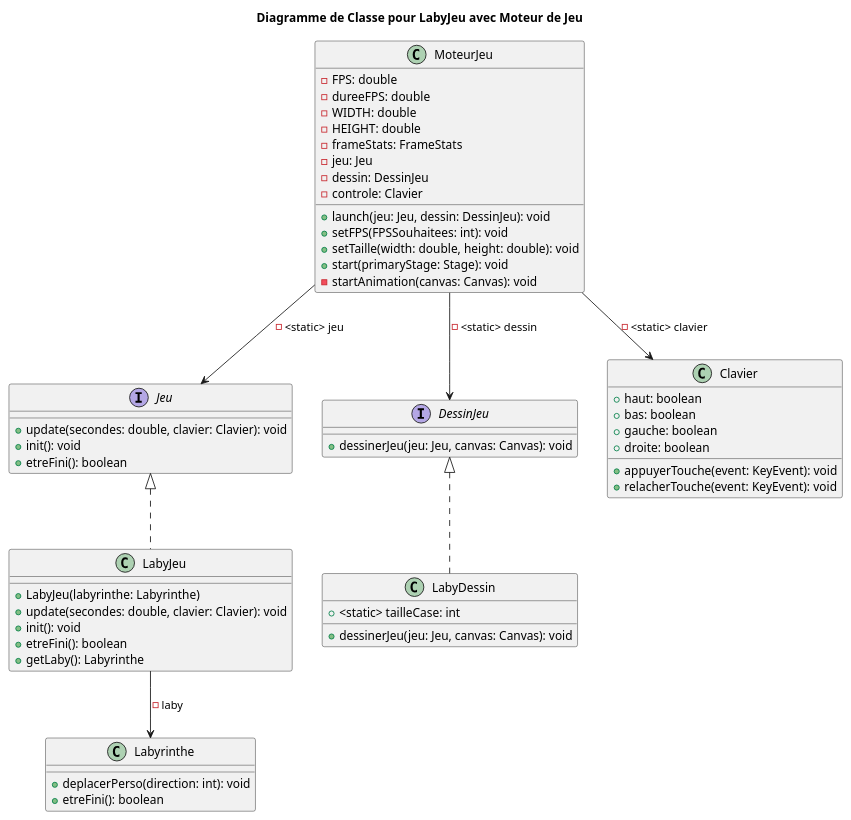
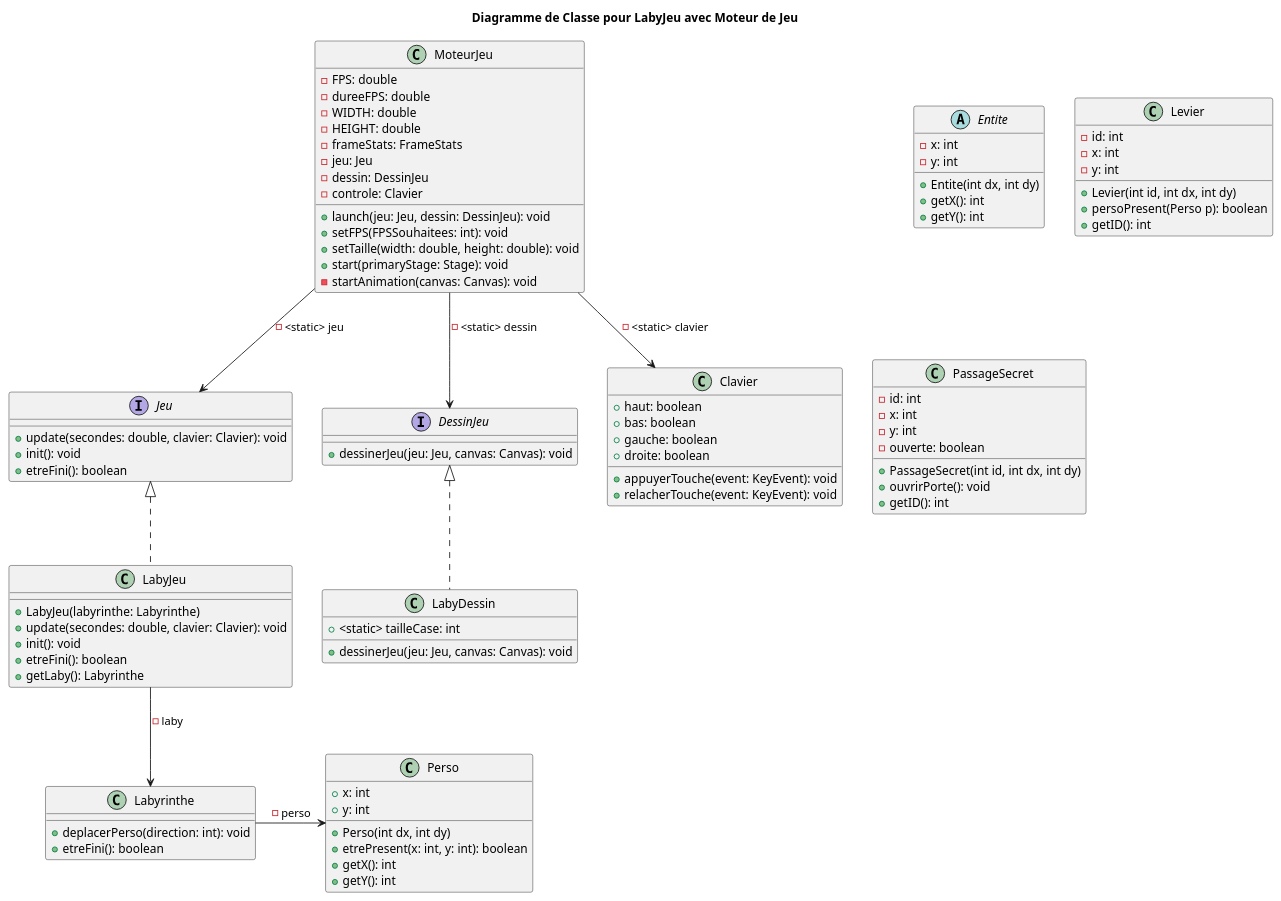
Before and after one commit to adrienMGN/2024_Zeldiablo_mangin225u_dewasch2u_favier36u_fontaine_noel332u: the diagram in zeldiablo/src/gameLaby/Fonctionnement_Diag.puml, drawn with PlantUML. The commit also changed 3 other files, not shown here.

Commit message:
levier/passage secret

```diff
--- a/zeldiablo/src/gameLaby/Fonctionnement_Diag.puml
+++ b/zeldiablo/src/gameLaby/Fonctionnement_Diag.puml
@@ -1,64 +1,101 @@
 @startuml
 title Diagramme de Classe pour LabyJeu avec Moteur de Jeu
 
 interface Jeu {
     +update(secondes: double, clavier: Clavier): void
     +init(): void
     +etreFini(): boolean
 }
 
 interface DessinJeu {
     +dessinerJeu(jeu: Jeu, canvas: Canvas): void
 }
 
 class LabyJeu {
     +LabyJeu(labyrinthe: Labyrinthe)
     +update(secondes: double, clavier: Clavier): void
     +init(): void
     +etreFini(): boolean
     +getLaby(): Labyrinthe
 }
 
 class LabyDessin {
     +<static> tailleCase: int
     +dessinerJeu(jeu: Jeu, canvas: Canvas): void
 }
 
 class Labyrinthe {
     +deplacerPerso(direction: int): void
     +etreFini(): boolean
 }
 
 class Clavier {
     +haut: boolean
     +bas: boolean
     +gauche: boolean
     +droite: boolean
     +appuyerTouche(event: KeyEvent): void
     +relacherTouche(event: KeyEvent): void
 }
 
 class MoteurJeu {
     -FPS: double
     -dureeFPS: double
     -WIDTH: double
     -HEIGHT: double
     -frameStats: FrameStats
     -jeu: Jeu
     -dessin: DessinJeu
     -controle: Clavier
     +launch(jeu: Jeu, dessin: DessinJeu): void
     +setFPS(FPSSouhaitees: int): void
     +setTaille(width: double, height: double): void
     +start(primaryStage: Stage): void
     -startAnimation(canvas: Canvas): void
 }
 
+class Perso {
+    +x: int
+    +y: int
+    +Perso(int dx, int dy)
+    +etrePresent(x: int, y: int): boolean
+    +getX(): int
+    +getY(): int
+}
+
+abstract class Entite {
+    -x: int
+    -y: int
+    +Entite(int dx, int dy)
+    +getX(): int
+    +getY(): int
+}
+
+class Levier {
+    -id: int
+    -x: int
+    -y: int
+    +Levier(int id, int dx, int dy)
+    +persoPresent(Perso p): boolean
+    +getID(): int
+}
+
+class PassageSecret{
+    -id: int
+    -x: int
+    -y: int
+    -ouverte: boolean
+    +PassageSecret(int id, int dx, int dy)
+    +ouvrirPorte(): void
+    +getID(): int
+}
+
 Jeu <|.. LabyJeu
 LabyJeu --> Labyrinthe : -laby
 MoteurJeu --> Jeu : -<static> jeu
 MoteurJeu --> DessinJeu : -<static> dessin
 MoteurJeu --> Clavier : -<static> clavier
 DessinJeu <|.. LabyDessin
+Labyrinthe -> Perso : -perso
 
 @enduml
```
